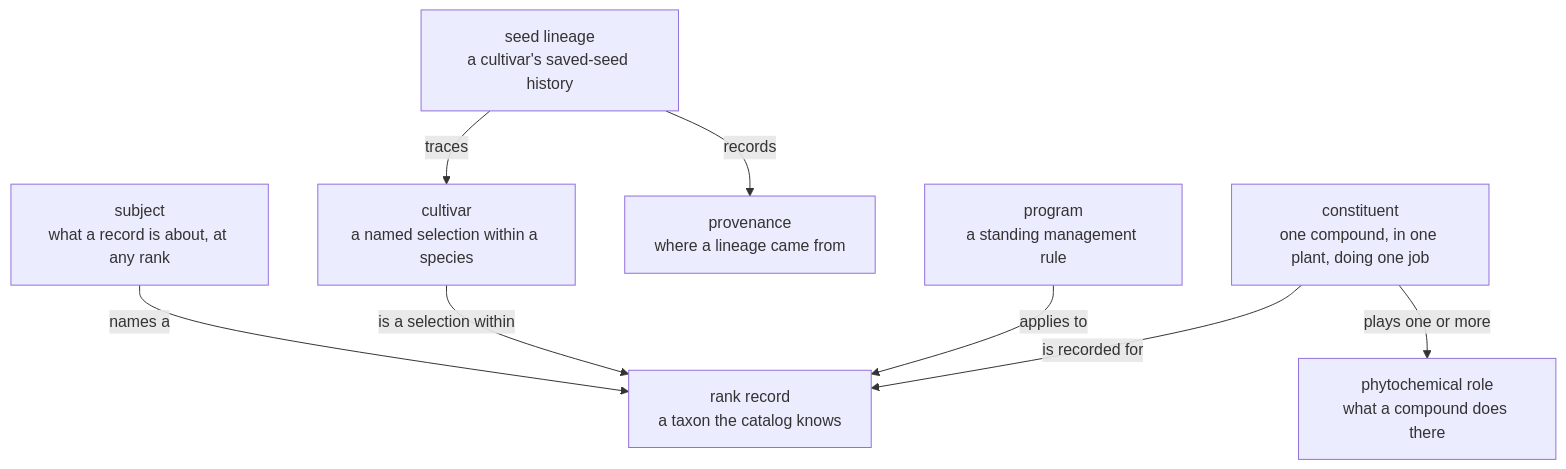
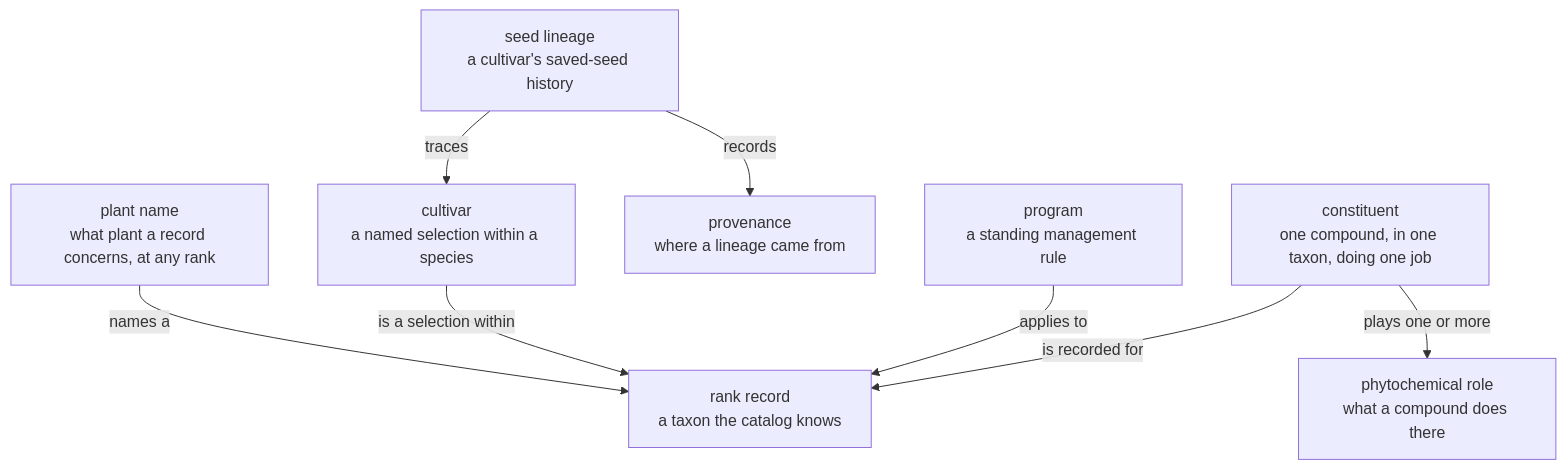
The second of 4 diagrams in domains/plants/docs/plants-ubl.md (pway99/naturalist), drawn with Mermaid before and after one commit. The commit also changed other lines of this file and 97 other files, not shown here.

First line of the commit message:
refactor(plants)!: Plant becomes PlantSpecies, PlantName becomes PlantSpeciesName

````diff
--- a/domains/plants/docs/plants-ubl.md
+++ b/domains/plants/docs/plants-ubl.md
@@ -70,19 +77,19 @@
 ```mermaid
 graph TD
     RANK["rank record<br/>a taxon the catalog knows"]
-    SUBJ["subject<br/>what a record is about, at any rank"]
+    SUBJ["plant name<br/>what plant a record concerns, at any rank"]
     CULT["cultivar<br/>a named selection within a species"]
     LIN["seed lineage<br/>a cultivar's saved-seed history"]
     PROV["provenance<br/>where a lineage came from"]
     PROG["program<br/>a standing management rule"]
-    CONS["constituent<br/>one compound, in one plant, doing one job"]
+    CONS["constituent<br/>one compound, in one taxon, doing one job"]
     ROLE["phytochemical role<br/>what a compound does there"]
 
     SUBJ -->|"names a"| RANK
     CULT -->|"is a selection within"| RANK
     LIN -->|"traces"| CULT
     LIN -->|"records"| PROV
     PROG -->|"applies to"| RANK
     CONS -->|"is recorded for"| RANK
     CONS -->|"plays one or more"| ROLE
 ```
````
